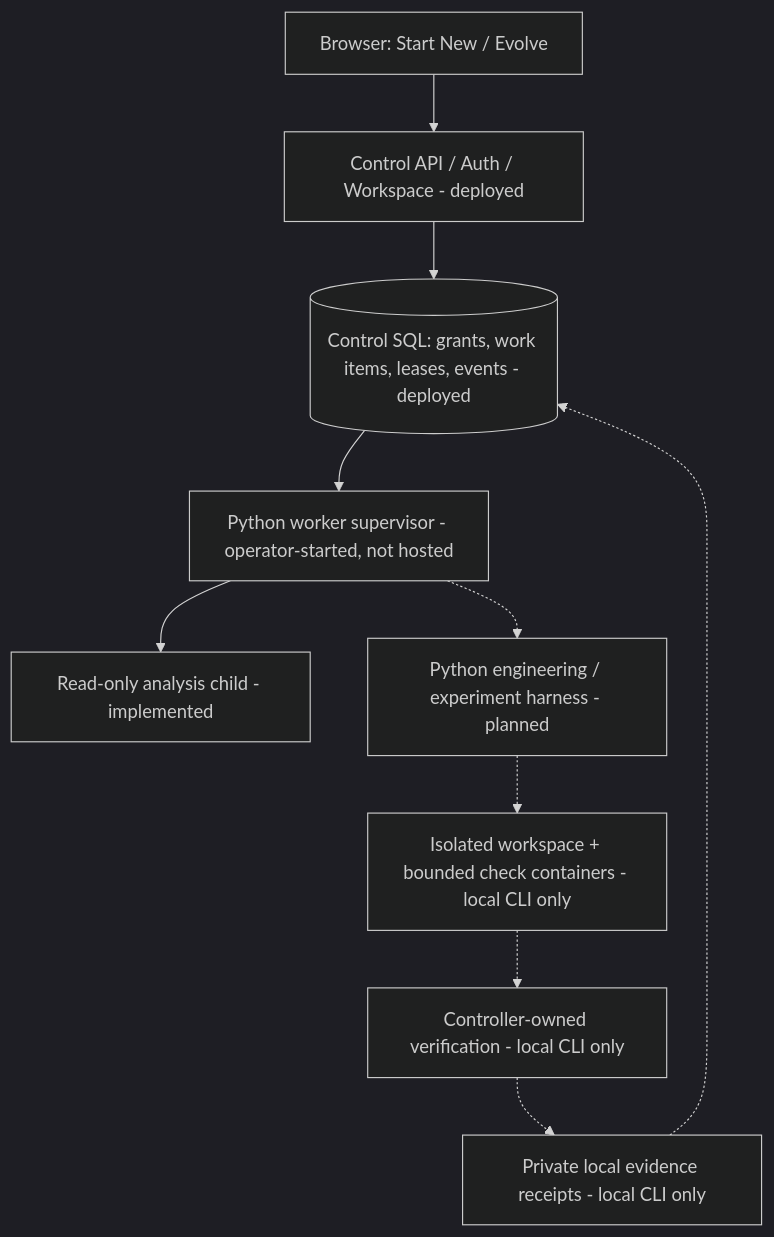
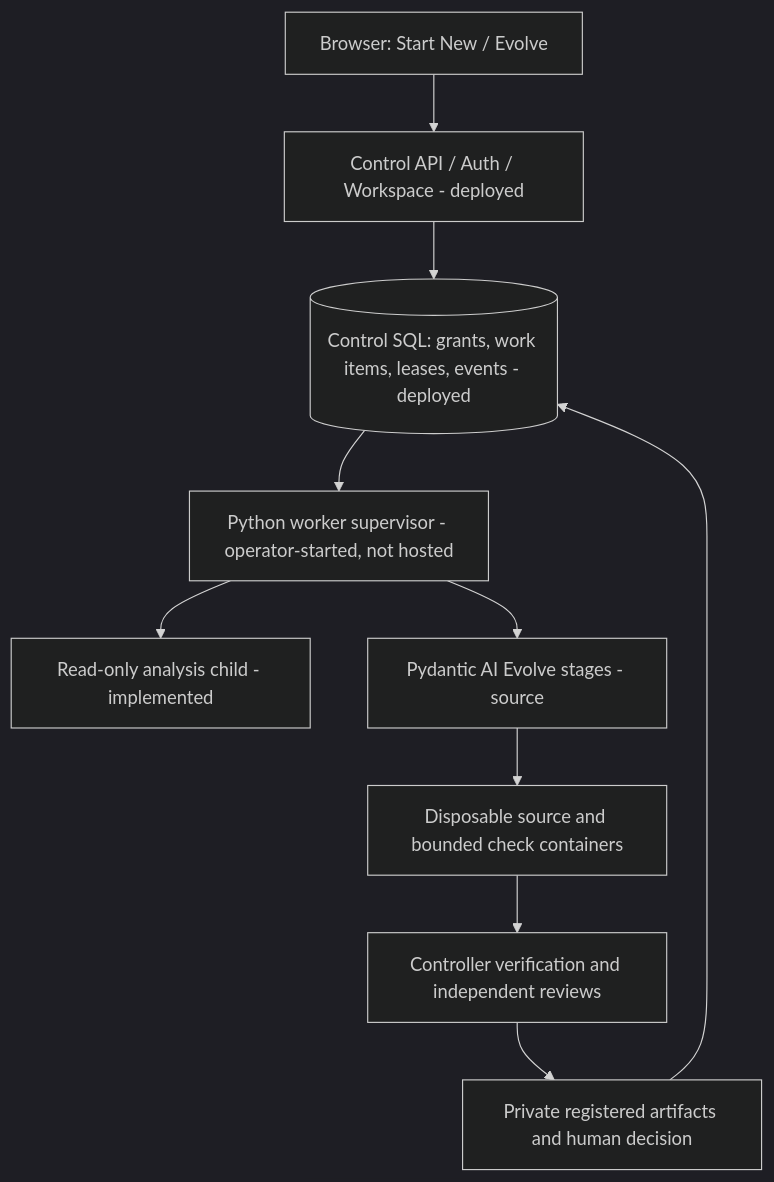
The diagram in docs/ARCHITECTURE.md (suhasaitham22/Oryveta), drawn with Mermaid (dark theme) before and after one commit. The commit also changed other lines of this file and 53 other files, not shown here.

````diff
--- a/docs/ARCHITECTURE.md
+++ b/docs/ARCHITECTURE.md
@@ -51,12 +51,12 @@
 ```mermaid
 flowchart TD
     U[Browser: Start New / Evolve] --> C[Control API / Auth / Workspace - deployed]
     C --> D[(Control SQL: grants, work items, leases, events - deployed)]
     D --> R[Python worker supervisor - operator-started, not hosted]
     R --> P[Read-only analysis child - implemented]
-    R -.-> H[Python engineering / experiment harness - planned]
-    H -.-> S[Isolated workspace + bounded check containers - local CLI only]
-    S -.-> V[Controller-owned verification - local CLI only]
-    V -.-> A[Private local evidence receipts - local CLI only]
-    A -.-> D
+    R --> H[Pydantic AI Evolve stages - source]
+    H --> S[Disposable source and bounded check containers]
+    S --> V[Controller verification and independent reviews]
+    V --> A[Private registered artifacts and human decision]
+    A --> D
 ```
````
